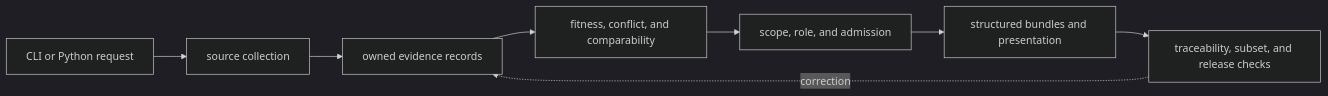
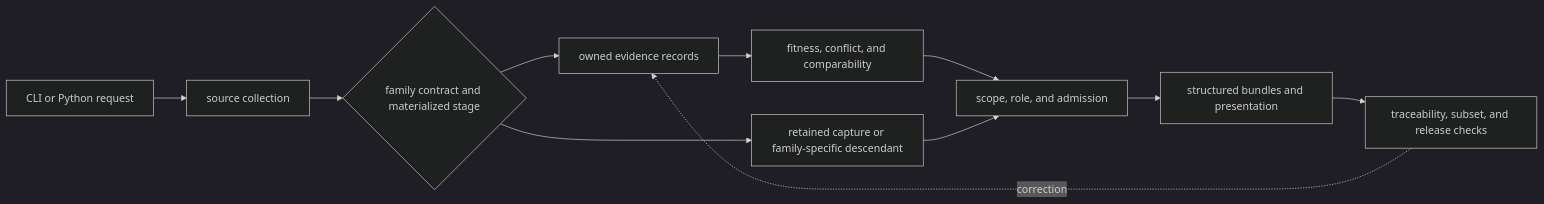
One commit to bijux/bijux-pollenomics changed the first of 2 diagrams in docs/public/pollenomics/foundation/runtime-scope-and-ownership.md. Above: the diagram before and after it, drawn with Mermaid (dark theme). The commit also changed other lines of this file and 1 other file, not shown here.

Commit message:
docs(scope): separate runtime execution from evidence authority

````diff
--- a/docs/public/pollenomics/foundation/runtime-scope-and-ownership.md
+++ b/docs/public/pollenomics/foundation/runtime-scope-and-ownership.md
@@ -20,10 +22,13 @@
 ```mermaid
 flowchart LR
     Command["CLI or Python request"] --> Collect["source collection"]
-    Collect --> Normalize["owned evidence records"]
+    Collect --> Stage{"family contract and materialized stage"}
+    Stage --> Normalize["owned evidence records"]
+    Stage --> Direct["retained capture or family-specific descendant"]
     Normalize --> Review["fitness, conflict, and comparability"]
     Review --> Product["scope, role, and admission"]
+    Direct --> Product
     Product --> Publish["structured bundles and presentation"]
     Publish --> Verify["traceability, subset, and release checks"]
     Verify -. correction .-> Normalize
 ```
````
